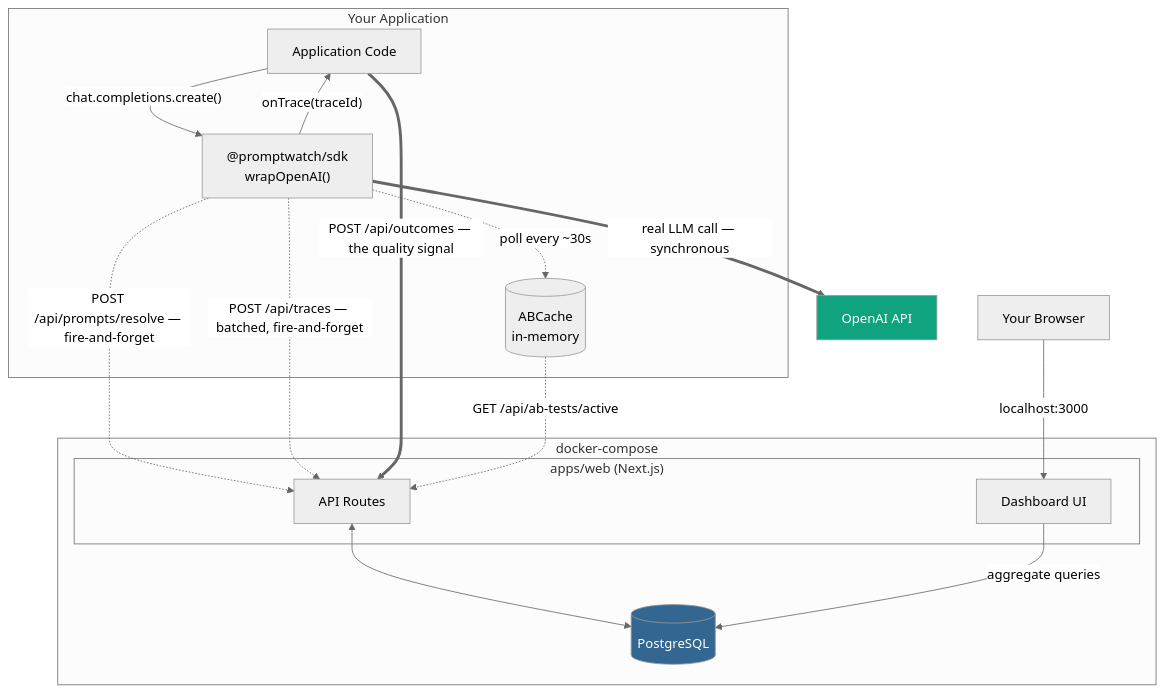
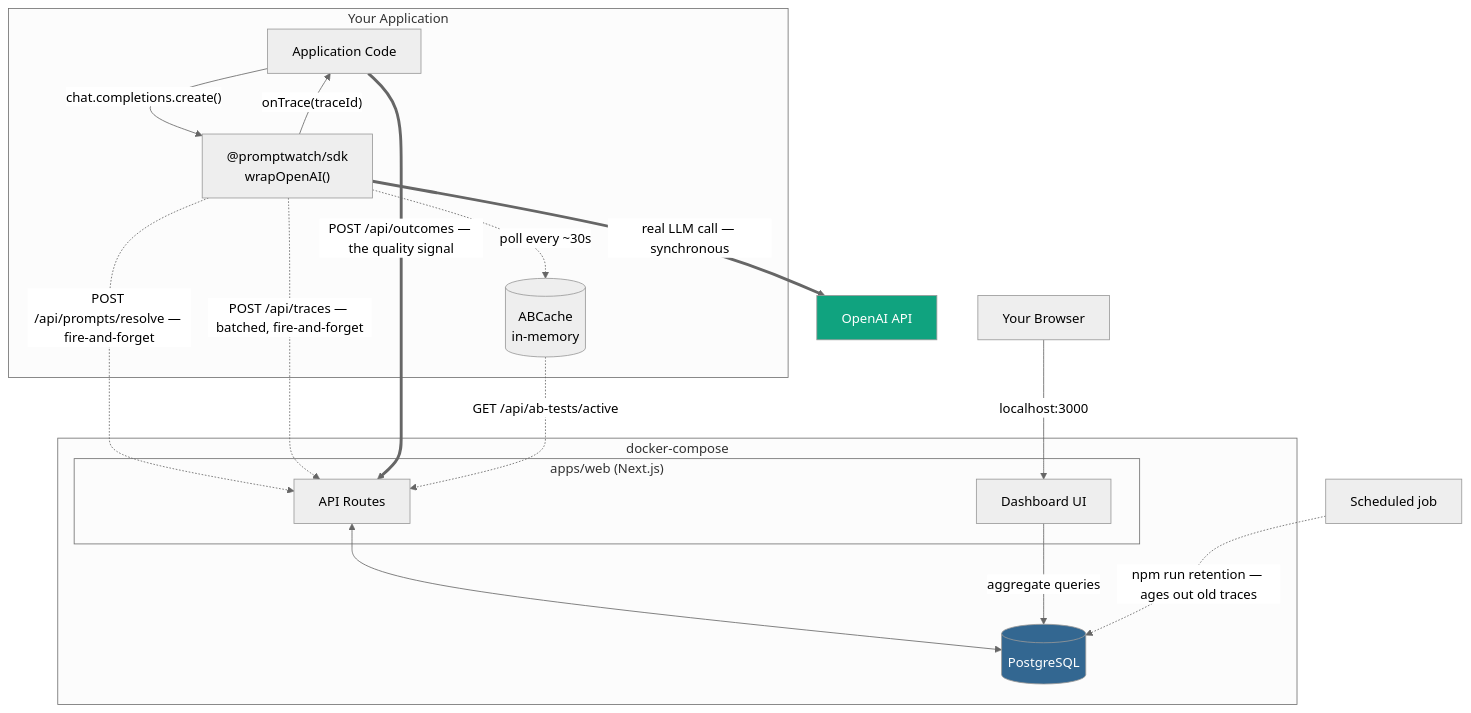
One commit to sekerderya/prompt-watch changed the second of 2 diagrams in README.md. Above: the diagram before and after it, drawn with Mermaid (neutral theme). The commit also changed other lines of this file and 11 other files, not shown here.

````diff
--- a/README.md
+++ b/README.md
@@ -180,34 +226,36 @@
 ```mermaid
 flowchart TB
     subgraph Consumer["Your Application"]
         App[Application Code]
         SDK["@promptwatch/sdk<br/>wrapOpenAI()"]
         Cache[("ABCache<br/>in-memory")]
         App -->|"chat.completions.create()"| SDK
         SDK -.->|"poll every ~30s"| Cache
     end
 
     subgraph Docker["docker-compose"]
         subgraph Web["apps/web (Next.js)"]
             API[API Routes]
             Dash[Dashboard UI]
         end
         PG[("PostgreSQL")]
         API <--> PG
         Dash -->|"aggregate queries"| PG
     end
 
     OpenAI["OpenAI API"]
     Browser["Your Browser"]
+    Cron["Scheduled job"]
 
     SDK ==>|"real LLM call — synchronous"| OpenAI
     SDK -.->|"POST /api/prompts/resolve — fire-and-forget"| API
     SDK -.->|"POST /api/traces — batched, fire-and-forget"| API
     SDK -->|"onTrace(traceId)"| App
     App ==>|"POST /api/outcomes — the quality signal"| API
     Cache -.->|"GET /api/ab-tests/active"| API
     Browser -->|"localhost:3000"| Dash
+    Cron -.->|"npm run retention — ages out old traces"| PG
 
     style OpenAI fill:#10a37f,color:#fff
     style PG fill:#336791,color:#fff
 ```
````
